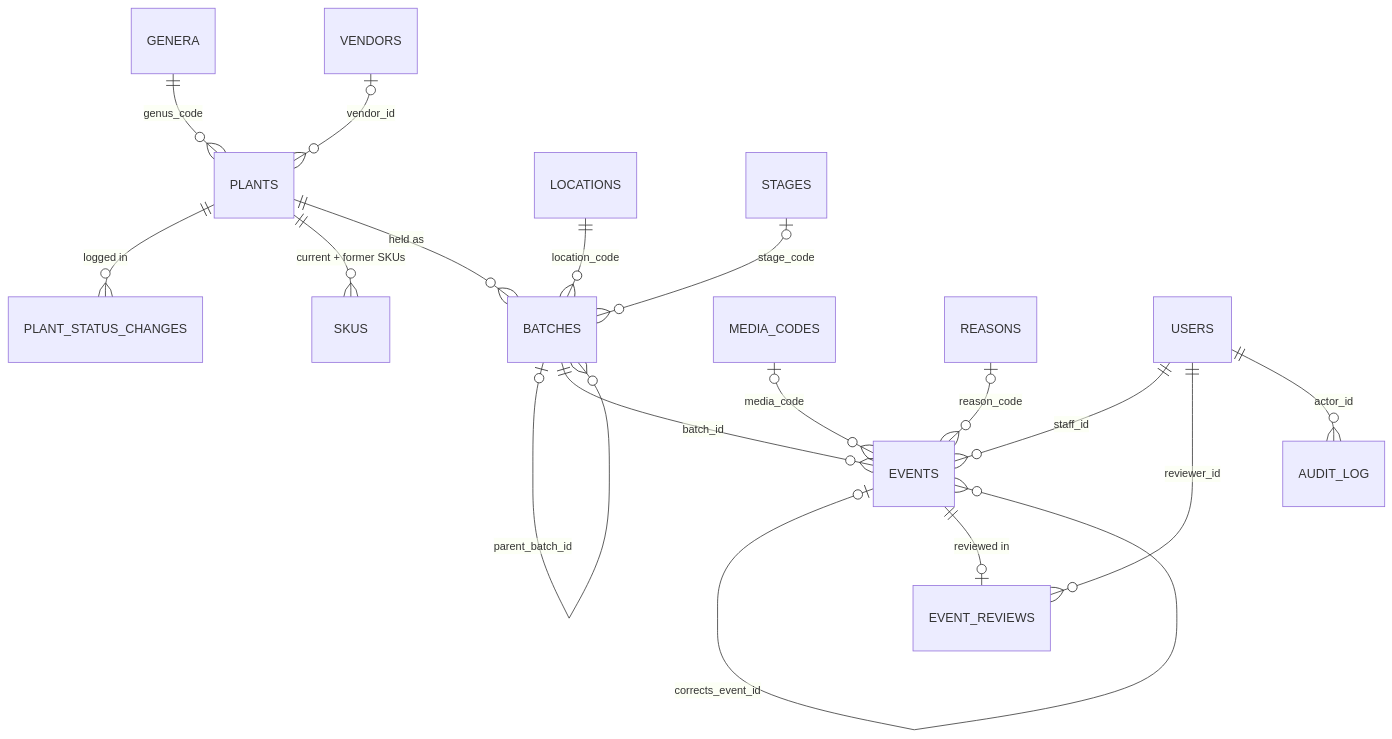
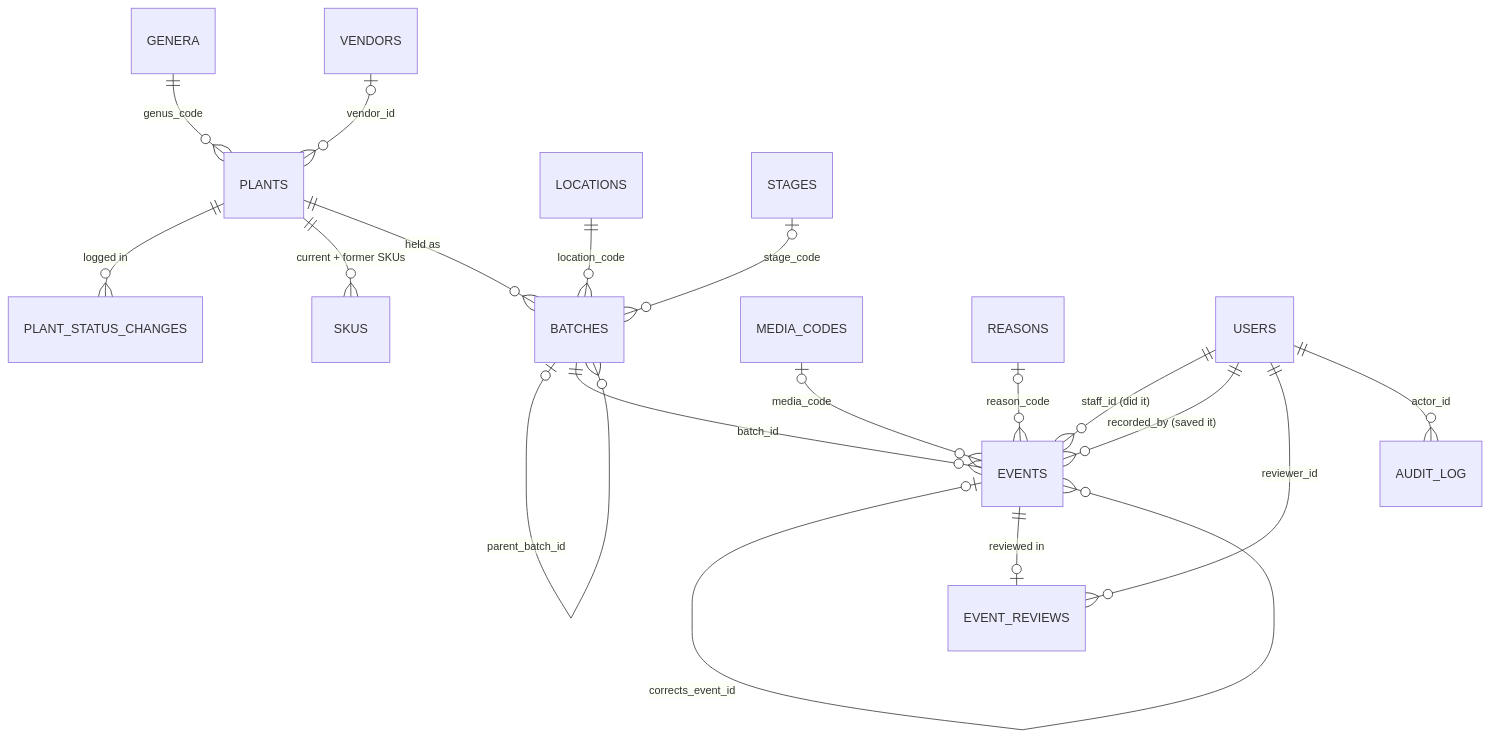
Before and after one commit to jadedh385/cucumber: the diagram in docs/roadmap/units/u0.2-design.md, drawn with Mermaid. The commit also changed other lines of this file and 4 other files, not shown here.

First line of the commit message:
docs: split U0.2 into U0.2a schema and U0.2b event core; record who saved each event

````diff
--- a/docs/roadmap/units/u0.2-design.md
+++ b/docs/roadmap/units/u0.2-design.md
@@ -27,20 +27,21 @@
 ```mermaid
 erDiagram
     GENERA ||--o{ PLANTS : "genus_code"
     VENDORS |o--o{ PLANTS : "vendor_id"
     PLANTS ||--o{ PLANT_STATUS_CHANGES : "logged in"
     PLANTS ||--o{ SKUS : "current + former SKUs"
     PLANTS ||--o{ BATCHES : "held as"
     BATCHES |o--o{ BATCHES : "parent_batch_id"
     LOCATIONS ||--o{ BATCHES : "location_code"
     STAGES |o--o{ BATCHES : "stage_code"
     BATCHES ||--o{ EVENTS : "batch_id"
     EVENTS |o--o| EVENTS : "voids_event_id"
     EVENTS |o--o{ EVENTS : "corrects_event_id"
     EVENTS ||--o| EVENT_REVIEWS : "reviewed in"
     MEDIA_CODES |o--o{ EVENTS : "media_code"
     REASONS |o--o{ EVENTS : "reason_code"
-    USERS ||--o{ EVENTS : "staff_id"
+    USERS ||--o{ EVENTS : "staff_id (did it)"
+    USERS ||--o{ EVENTS : "recorded_by (saved it)"
     USERS ||--o{ EVENT_REVIEWS : "reviewer_id"
     USERS ||--o{ AUDIT_LOG : "actor_id"
 ```
````
